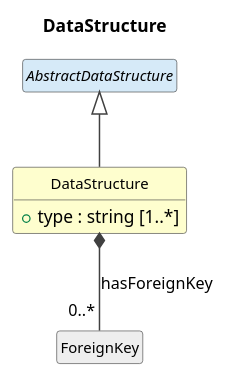
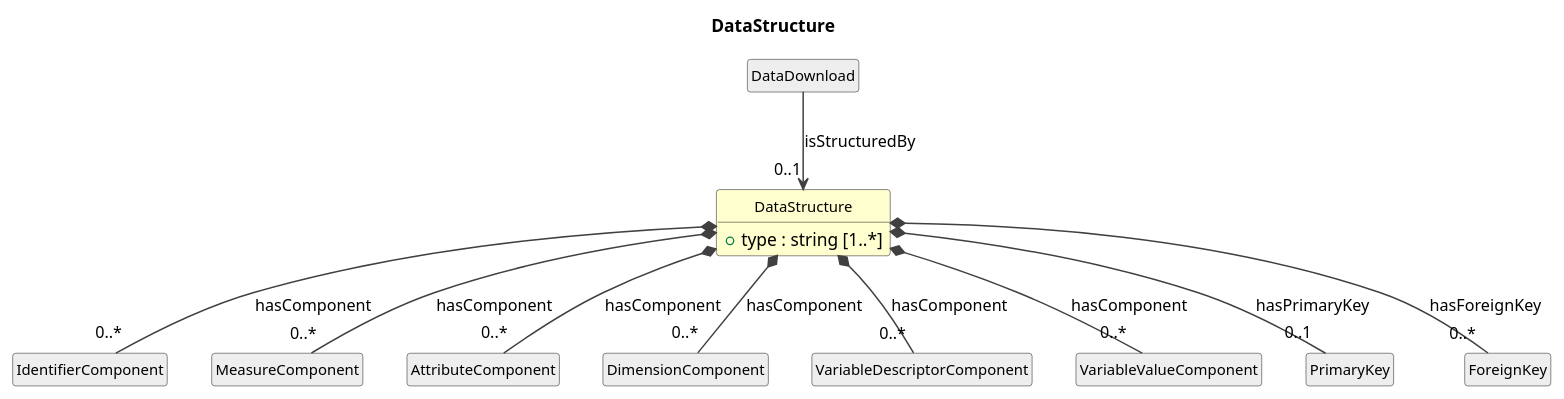
The diagram in cdif-uml-model/cdifDataStructure/Classes/DataStructure.pu (Cross-Domain-Interoperability-Framework/metadataBuildingBlocks), drawn with PlantUML before and after one commit. The commit also changed 253 other files, not shown here.

First line of the commit message:
cdifDataStructure: schema refinement + regenerated diagrams

```diff
--- a/cdif-uml-model/cdifDataStructure/Classes/DataStructure.pu
+++ b/cdif-uml-model/cdifDataStructure/Classes/DataStructure.pu
@@ -1,21 +1,35 @@
 @startuml
 title DataStructure
 hide circle
 hide empty members
 skinparam shadowing false
 skinparam ArrowThickness 1.2
 skinparam class {
   ArrowColor #404040
   BorderColor #404040
   FontSize 12
 }
 
 class "DataStructure" as DataStructure #FEFECE {
   +type : string [1..*]
 }
-abstract class "AbstractDataStructure" as AbstractDataStructure #D6EAF8
-AbstractDataStructure <|-- DataStructure
+class "DataDownload" as DataDownload #EEEEEE
+DataDownload --> "0..1" DataStructure : isStructuredBy
+class "IdentifierComponent" as IdentifierComponent #EEEEEE
+DataStructure *-- "0..*" IdentifierComponent : hasComponent
+class "MeasureComponent" as MeasureComponent #EEEEEE
+DataStructure *-- "0..*" MeasureComponent : hasComponent
+class "AttributeComponent" as AttributeComponent #EEEEEE
+DataStructure *-- "0..*" AttributeComponent : hasComponent
+class "DimensionComponent" as DimensionComponent #EEEEEE
+DataStructure *-- "0..*" DimensionComponent : hasComponent
+class "VariableDescriptorComponent" as VariableDescriptorComponent #EEEEEE
+DataStructure *-- "0..*" VariableDescriptorComponent : hasComponent
+class "VariableValueComponent" as VariableValueComponent #EEEEEE
+DataStructure *-- "0..*" VariableValueComponent : hasComponent
+class "PrimaryKey" as PrimaryKey #EEEEEE
+DataStructure *-- "0..1" PrimaryKey : hasPrimaryKey
 class "ForeignKey" as ForeignKey #EEEEEE
 DataStructure *-- "0..*" ForeignKey : hasForeignKey
 
 @enduml
```
